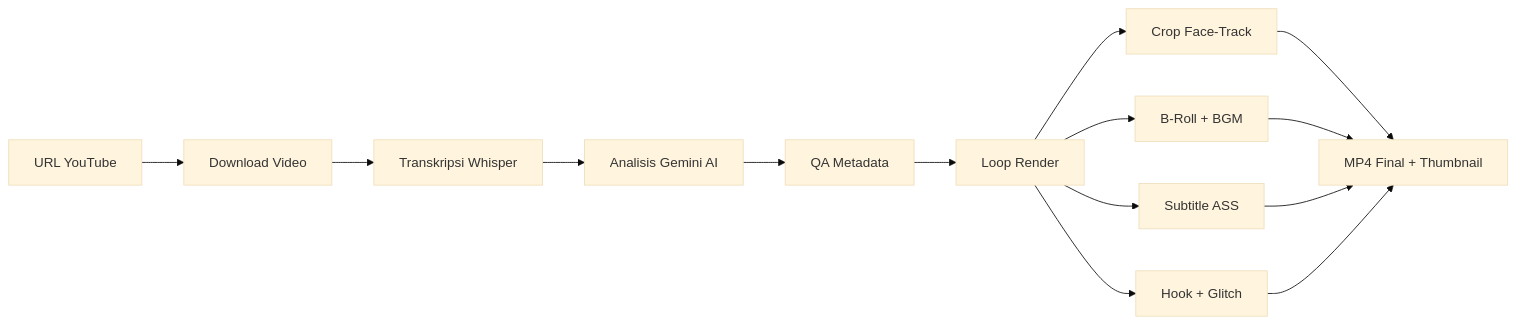
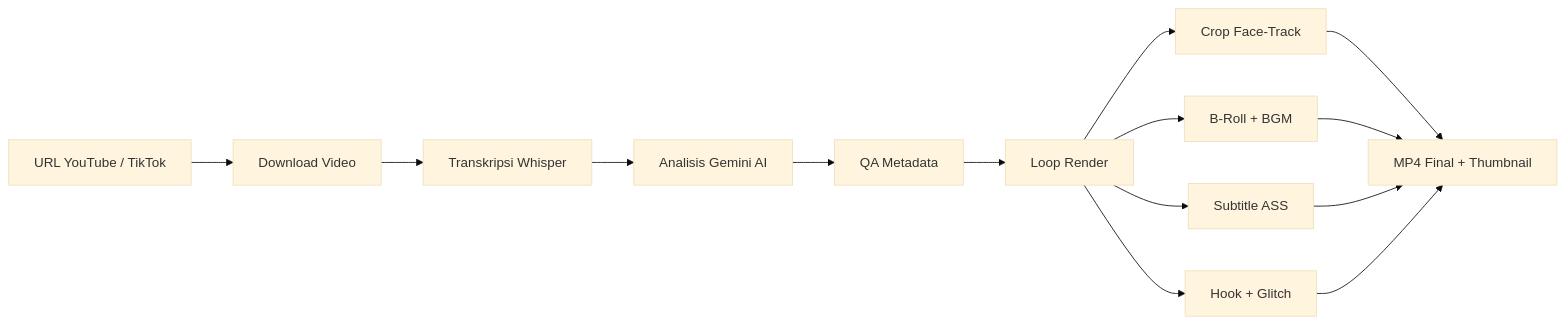
One commit to troublescope/Ashortai changed the diagram in README_ID.md. Above: the diagram before and after it, drawn with Mermaid (base theme). The commit also changed other lines of this file and 6 other files, not shown here.

Commit message:
feat: add support for processing TikTok video URLs via --tiktok flag

````diff
--- a/README_ID.md
+++ b/README_ID.md
@@ -340,13 +344,13 @@
 ```mermaid
 graph LR
-    A[URL YouTube] --> B[Download Video]
+    A[URL YouTube / TikTok] --> B[Download Video]
     B --> C[Transkripsi Whisper]
     C --> D[Analisis Gemini AI]
     D --> E[QA Metadata]
     E --> F[Loop Render]
     F --> G[Crop Face-Track]
     F --> H[B-Roll + BGM]
     F --> I[Subtitle ASS]
     F --> J[Hook + Glitch]
     G & H & I & J --> K[MP4 Final + Thumbnail]
 ```
````
